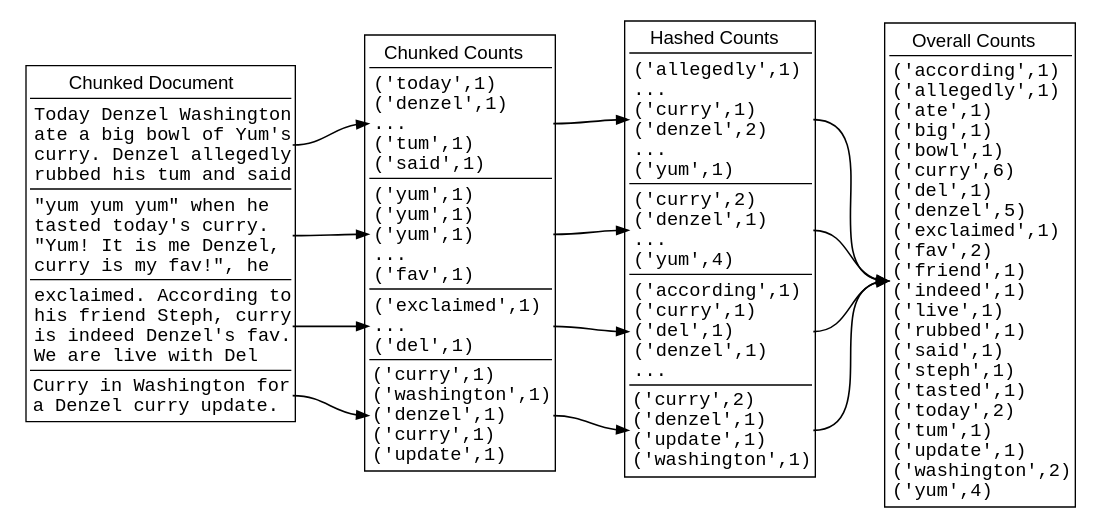
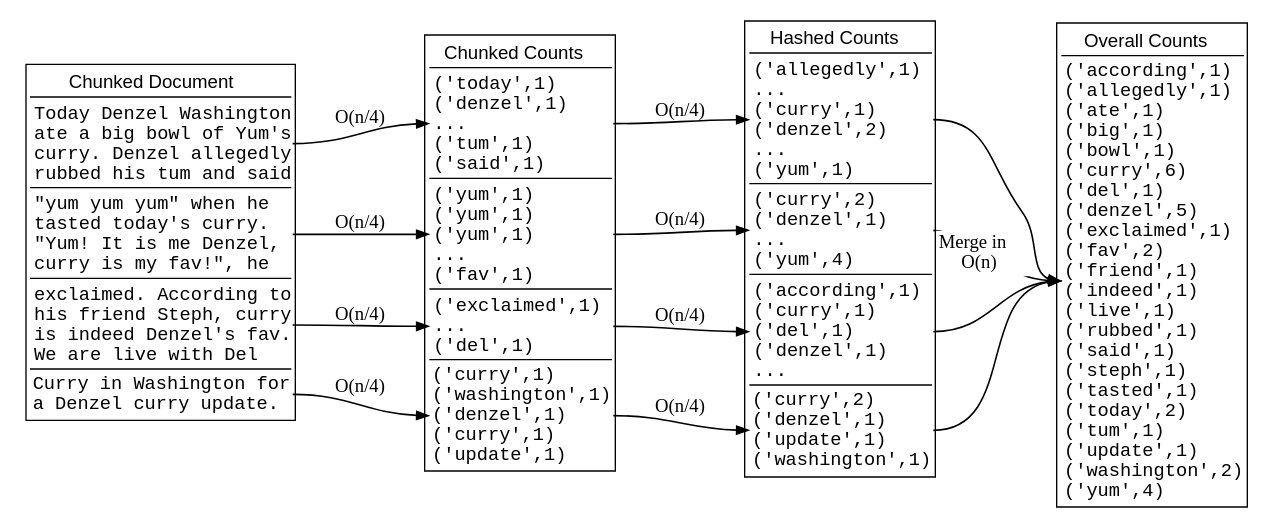
The third of 3 diagrams in w11/index.qmd (jpowerj/dsan5500), drawn with Graphviz before and after one commit. The commit also changed other lines of this file and 215 other files, not shown here.

````diff
--- a/w11/index.qmd
+++ b/w11/index.qmd
@@ -136,7 +332,6 @@
 //| echo: false
 digraph G {
     rankdir="LR";
-    nodesep="10";
 	edge [penwidth=1.2,arrowsize=0.85]
     node [
         shape=plaintext;
@@ -185,10 +380,10 @@
   <td port="p4" border="0" align="text" balign="left">('curry',1)<br />('washington',1)<br />('denzel',1)<br />('curry',1)<br />('update',1)</td>
 </tr>
 </table>>];
-    chunked:p1 -> chcounts:p1;
-    chunked:p2 -> chcounts:p2;
-    chunked:p3 -> chcounts:p3;
-    chunked:p4 -> chcounts:p4;
+    chunked:p1 -> chcounts:p1[label="O(n/4)"];
+    chunked:p2 -> chcounts:p2[label="O(n/4)"];
+    chunked:p3 -> chcounts:p3[label="O(n/4)"];
+    chunked:p4 -> chcounts:p4[label="O(n/4)"];
 
     # Sorted counts
     scounts [shape=none label=<
@@ -209,13 +404,13 @@
   <td port="p4" border="0" align="text" balign="left">('curry',2)<br />('denzel',1)<br />('update',1)<br />('washington',1)</td>
 </tr>
 </table>>];
-    chcounts:p1 -> scounts:p1;
-    chcounts:p2 -> scounts:p2;
-    chcounts:p3 -> scounts:p3;
-    chcounts:p4 -> scounts:p4;
+    chcounts:p1 -> scounts:p1[label="O(n/4)"];
+    chcounts:p2 -> scounts:p2[label="O(n/4)"];
+    chcounts:p3 -> scounts:p3[label="O(n/4)"];
+    chcounts:p4 -> scounts:p4[label="O(n/4)"];
 
     # Combined counts
-    ccounts [shape=none label=<
+    ccounts [shape=none,label=<
 <table border="1" cellborder="0">
 <tr>
   <td port="p0" border="1" sides="b"><font face="Helvetica">Overall Counts</font></td>
@@ -228,5 +423,12 @@
     scounts:p2 -> ccounts:p1;
     scounts:p3 -> ccounts:p1;
     scounts:p4 -> ccounts:p1;
+    scounts:p2 -> ccounts[margin="5",labeldistance="4",penwidth="0",arrowsize="0.01",taillabel=<
+<table border="0" cellborder="0">
+<tr>
+  <td bgcolor="white" color="black"><font color="black">Merge in<br />O(n)</font></td>
+</tr>
+</table>
+    >,headlabel=" ",minlen="2"];
 }
 ```
````
